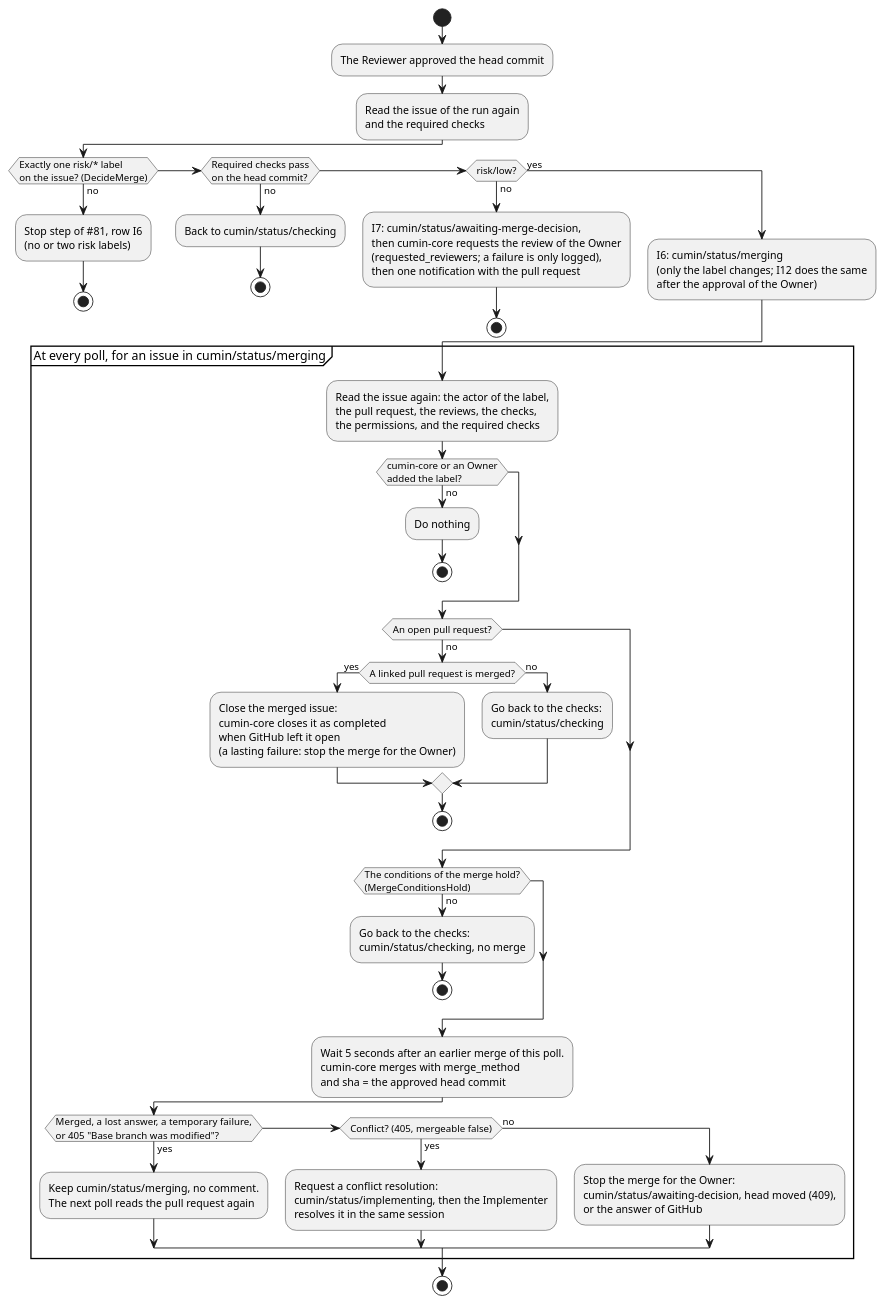
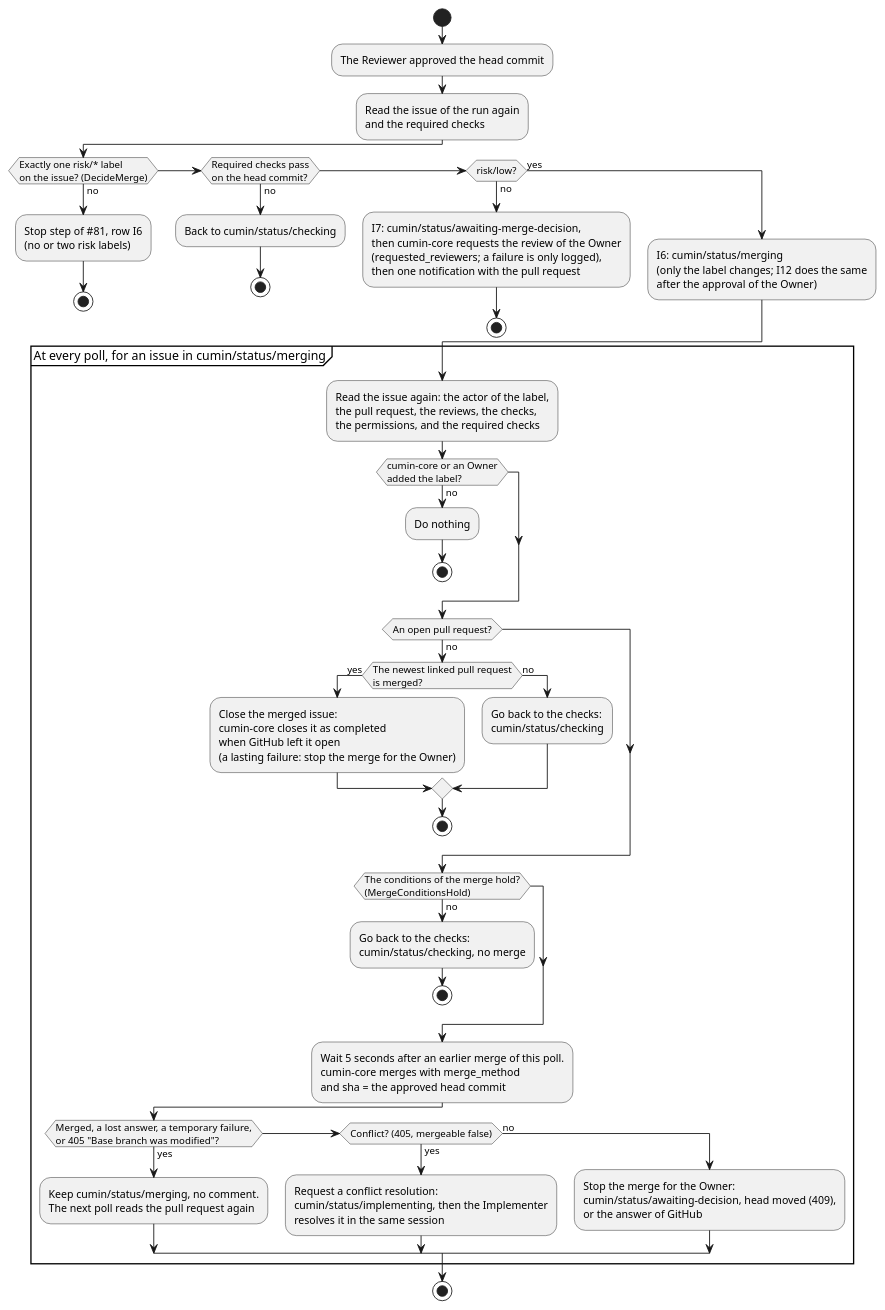
Before and after one commit to cloveclovedev/cumin-works: the diagram in docs/ja/designs/poll-merge.puml, drawn with PlantUML. The commit also changed 3 other files, not shown here.

```diff
--- a/docs/ja/designs/poll-merge.puml
+++ b/docs/ja/designs/poll-merge.puml
@@ -1,77 +1,78 @@
 @startuml poll-merge
 ' cumin works - the approved pull request (I6, I7) and the steps in cumin/status/merging.
 ' Document: poll.md, section on the merge step.
 ' Render: run scripts/render-diagrams.sh at the root of the repository.
 skinparam shadowing false
 skinparam defaultFontName sans-serif
 
 start
 :The Reviewer approved the head commit;
 :Read the issue of the run again
 and the required checks;
 if (Exactly one risk/* label
 on the issue? (DecideMerge)) then (no)
   :Stop step of #81, row I6
   (no or two risk labels);
   stop
 elseif (Required checks pass
 on the head commit?) then (no)
   :Back to cumin/status/checking;
   stop
 elseif (risk/low?) then (no)
   :I7: cumin/status/awaiting-merge-decision,
   then cumin-core requests the review of the Owner
   (requested_reviewers; a failure is only logged),
   then one notification with the pull request;
   stop
 else (yes)
   :I6: cumin/status/merging
   (only the label changes; I12 does the same
   after the approval of the Owner);
 endif
 partition "At every poll, for an issue in cumin/status/merging" {
   :Read the issue again: the actor of the label,
   the pull request, the reviews, the checks,
   the permissions, and the required checks;
   if (cumin-core or an Owner
 added the label?) then (no)
     :Do nothing;
     stop
   endif
   if (An open pull request?) then (no)
-    if (A linked pull request is merged?) then (yes)
+    if (The newest linked pull request
+is merged?) then (yes)
       :Close the merged issue:
       cumin-core closes it as completed
       when GitHub left it open
       (a lasting failure: stop the merge for the Owner);
     else (no)
       :Go back to the checks:
       cumin/status/checking;
     endif
     stop
   endif
   if (The conditions of the merge hold?
 (MergeConditionsHold)) then (no)
     :Go back to the checks:
     cumin/status/checking, no merge;
     stop
   endif
   :Wait 5 seconds after an earlier merge of this poll.
   cumin-core merges with merge_method
   and sha = the approved head commit;
   if (Merged, a lost answer, a temporary failure,
 or 405 "Base branch was modified"?) then (yes)
     :Keep cumin/status/merging, no comment.
     The next poll reads the pull request again;
   elseif (Conflict? (405, mergeable false)) then (yes)
     :Request a conflict resolution:
     cumin/status/implementing, then the Implementer
     resolves it in the same session;
   else (no)
     :Stop the merge for the Owner:
     cumin/status/awaiting-decision, head moved (409),
     or the answer of GitHub;
   endif
 }
 stop
 @enduml
```
